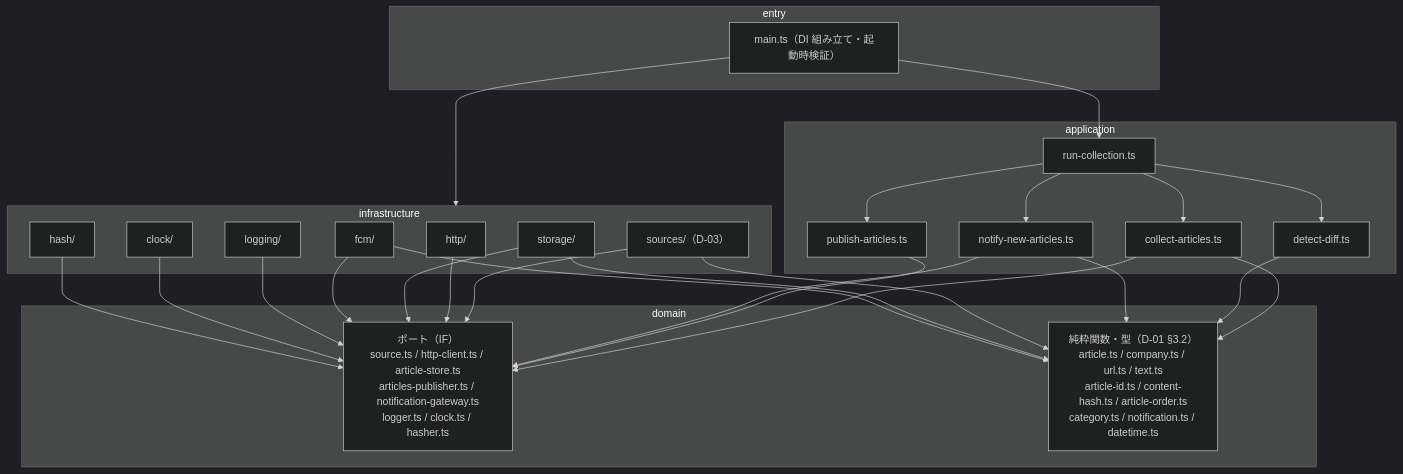
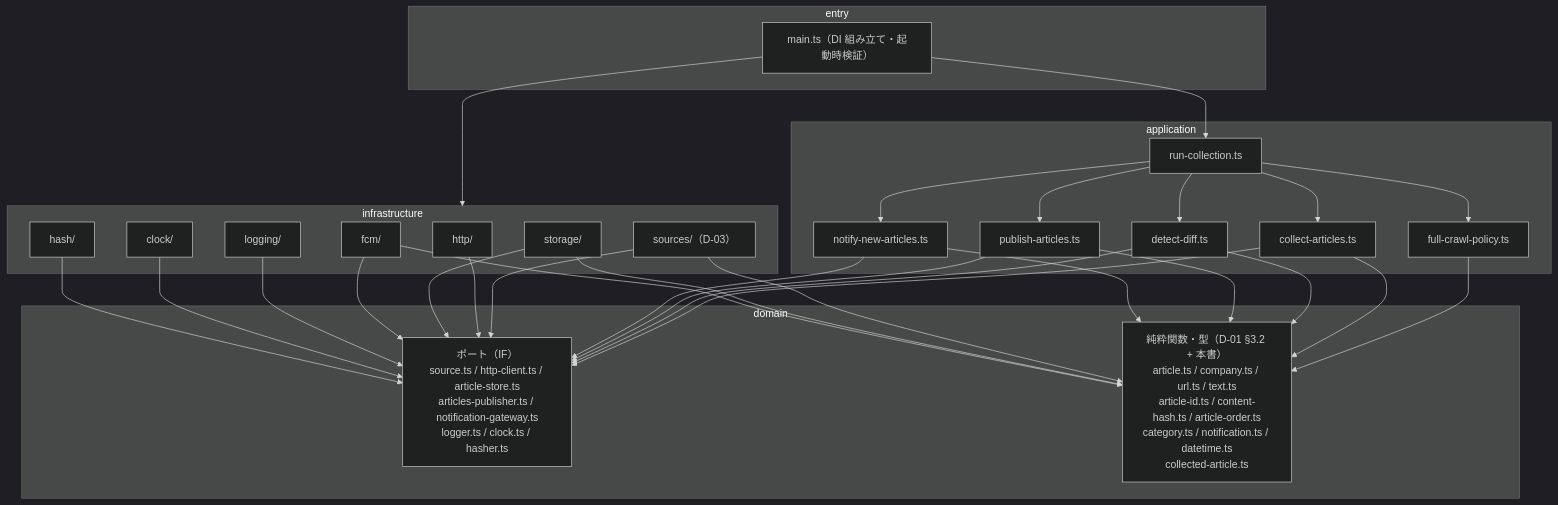
One commit to sss-kato/curtaincall changed the diagram in docs/design/D-02.md. Above: the diagram before and after it, drawn with Mermaid (dark theme). The commit also changed other lines of this file and 1 other file, not shown here.

````diff
--- a/docs/design/D-02.md
+++ b/docs/design/D-02.md
@@ -37,48 +37,53 @@
 ```mermaid
 flowchart TB
   subgraph entry["entry"]
     MAIN["main.ts（DI 組み立て・起動時検証）"]
   end
   subgraph app["application"]
     RUN["run-collection.ts"]
     COL["collect-articles.ts"]
     DIF["detect-diff.ts"]
     PUB["publish-articles.ts"]
     NOT["notify-new-articles.ts"]
+    POL["full-crawl-policy.ts"]
   end
   subgraph dom["domain"]
     PORTS["ポート（IF）<br>source.ts / http-client.ts / article-store.ts<br>articles-publisher.ts / notification-gateway.ts<br>logger.ts / clock.ts / hasher.ts"]
-    PURE["純粋関数・型（D-01 §3.2）<br>article.ts / company.ts / url.ts / text.ts<br>article-id.ts / content-hash.ts / article-order.ts<br>category.ts / notification.ts / datetime.ts"]
+    PURE["純粋関数・型（D-01 §3.2 + 本書）<br>article.ts / company.ts / url.ts / text.ts<br>article-id.ts / content-hash.ts / article-order.ts<br>category.ts / notification.ts / datetime.ts<br>collected-article.ts"]
   end
   subgraph infra["infrastructure"]
     HTTP["http/"]
     SRC["sources/（D-03）"]
     STO["storage/"]
     FCM["fcm/"]
     LOG["logging/"]
     CLK["clock/"]
     HSH["hash/"]
   end
   MAIN --> RUN
   MAIN --> infra
   RUN --> COL
   RUN --> DIF
   RUN --> PUB
   RUN --> NOT
+  RUN --> POL
+  POL --> PURE
   COL --> PORTS
   COL --> PURE
+  DIF --> PORTS
   DIF --> PURE
   PUB --> PORTS
+  PUB --> PURE
   NOT --> PORTS
   NOT --> PURE
   SRC --> PORTS
   SRC --> PURE
   HTTP --> PORTS
   STO --> PORTS
   STO --> PURE
   FCM --> PORTS
   FCM --> PURE
   LOG --> PORTS
   CLK --> PORTS
   HSH --> PORTS
 ```
````
